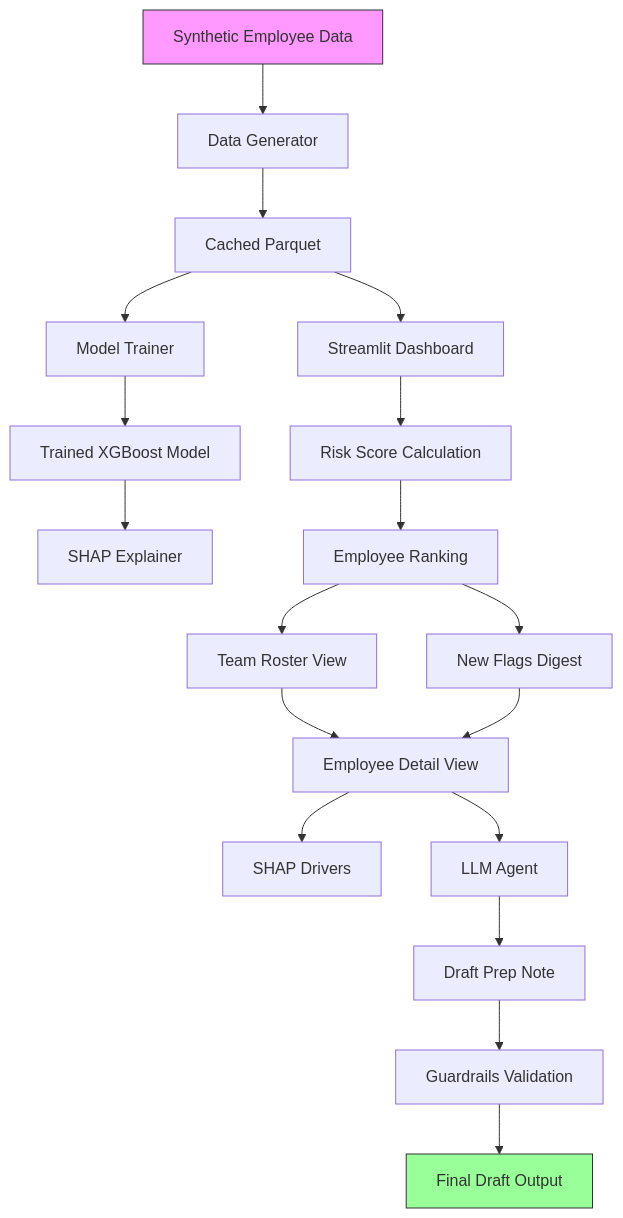
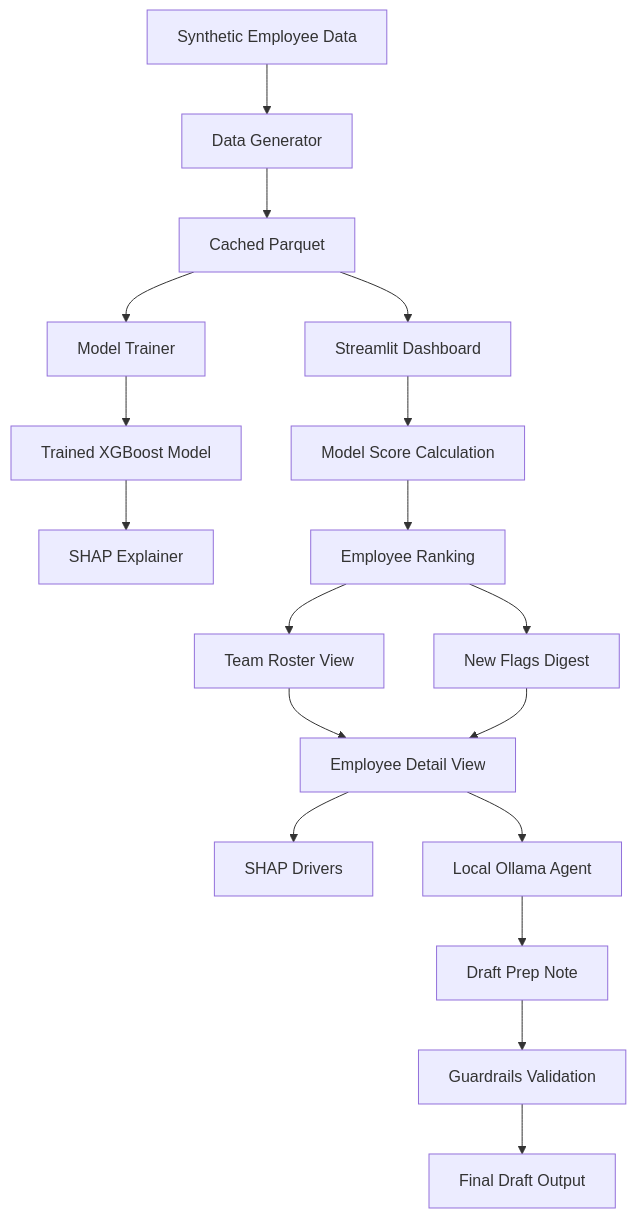
The diagram in README.md (Lahari99-cloud/early-warning-agent), drawn with Mermaid before and after one commit. The commit also changed other lines of this file and 48 other files, not shown here.

````diff
--- a/README.md
+++ b/README.md
@@ -11,22 +9,20 @@
 ```mermaid
 flowchart TD
     A[Synthetic Employee Data] --> B[Data Generator]
     B --> C[Cached Parquet]
     C --> D[Streamlit Dashboard]
     C --> E[Model Trainer]
     E --> F[Trained XGBoost Model]
     F --> G[SHAP Explainer]
-    D --> H[Risk Score Calculation]
+    D --> H[Model Score Calculation]
     H --> I[Employee Ranking]
     I --> J[Team Roster View]
     I --> K[New Flags Digest]
     J --> L[Employee Detail View]
     K --> L
     L --> M[SHAP Drivers]
-    L --> N[LLM Agent]
+    L --> N[Local Ollama Agent]
     N --> O[Draft Prep Note]
     O --> P[Guardrails Validation]
     P --> Q[Final Draft Output]
-    style A fill:#f9f,stroke:#333
-    style Q fill:#9f9,stroke:#333
 ```
````
